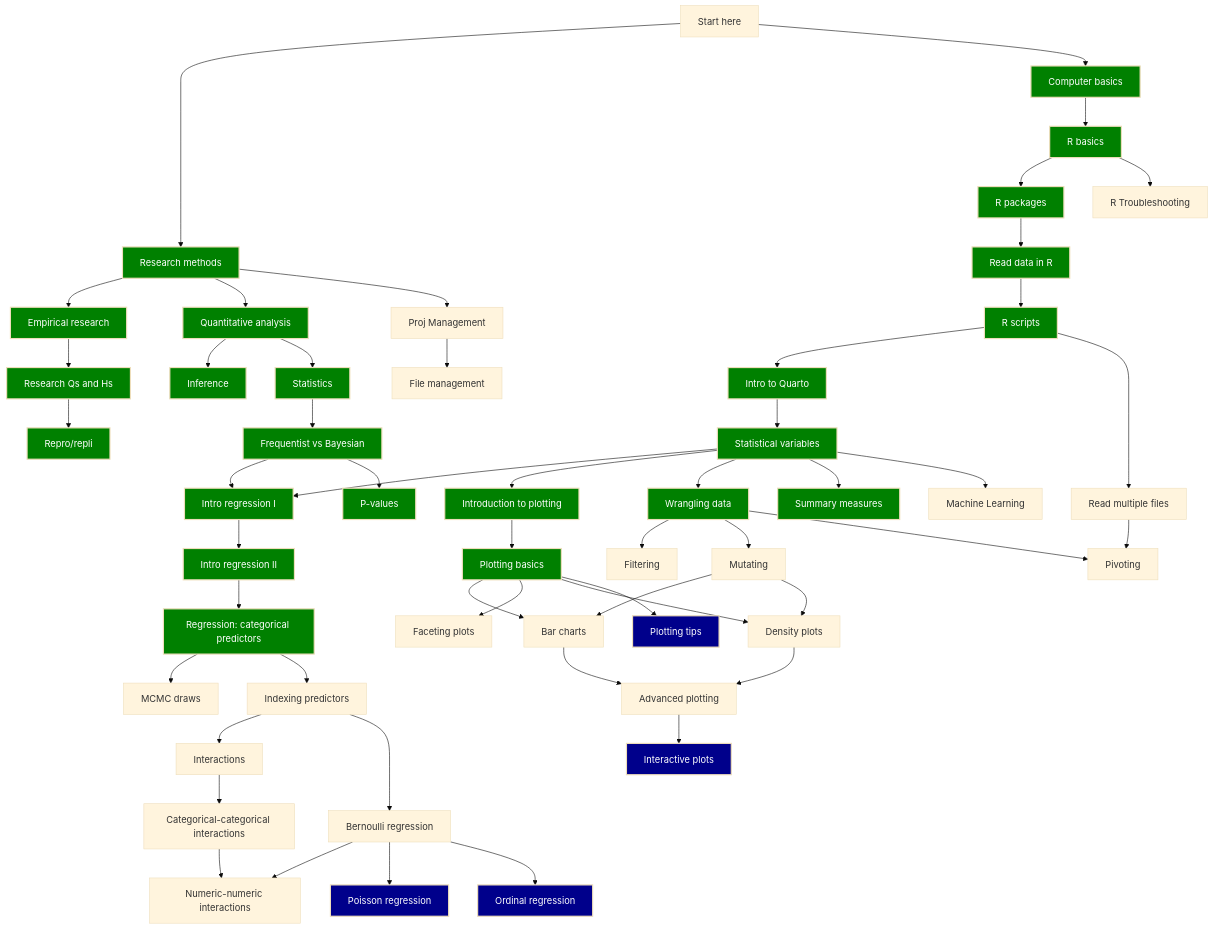
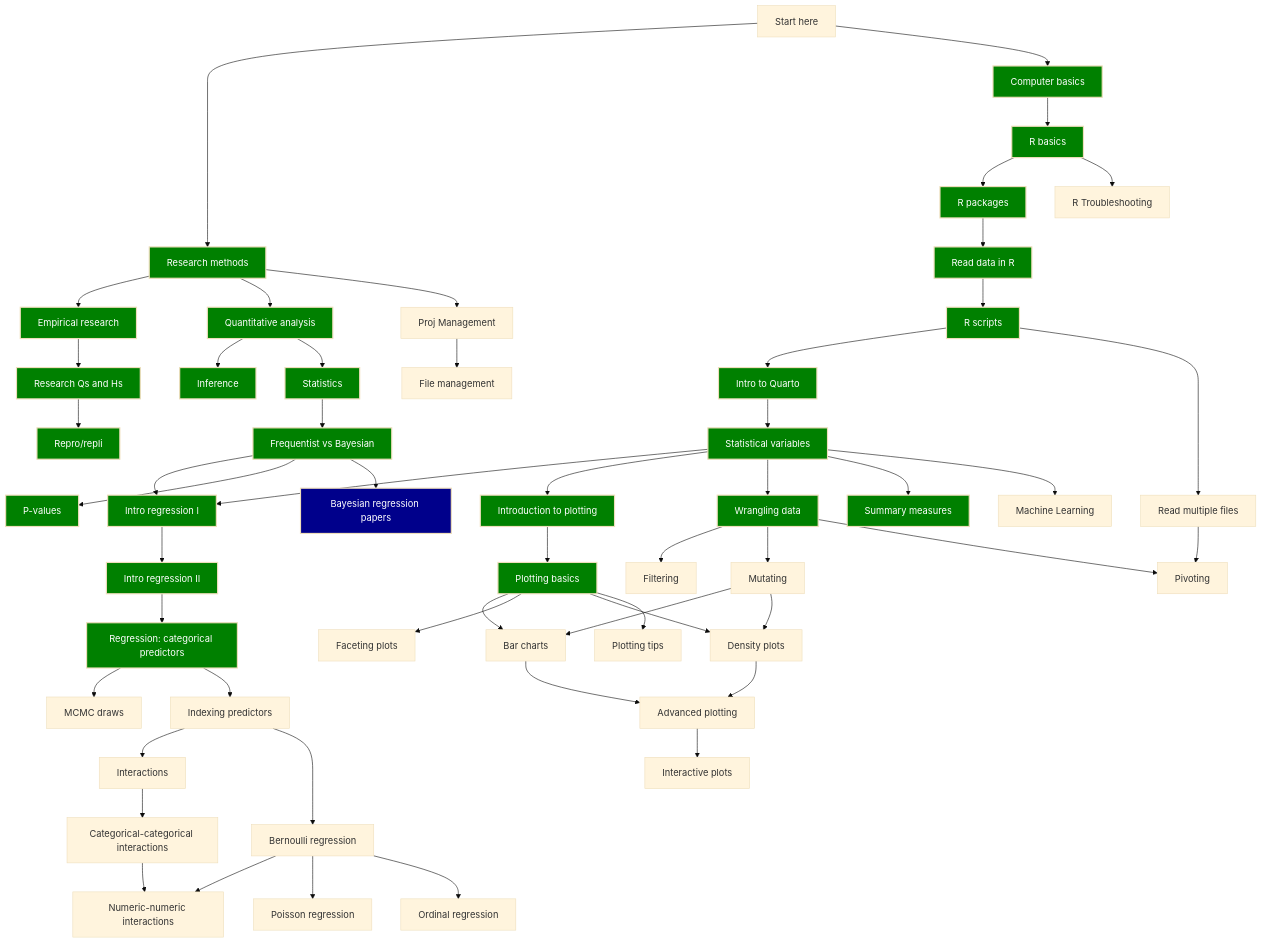
The diagram in map.qmd (uoelel/qml), drawn with Mermaid (base theme) before and after one commit. The commit also changed 6 other files, not shown here.

Commit message:
add bayes papers

```diff
--- a/map.qmd
+++ b/map.qmd
@@ -127,17 +127,16 @@
   click AQ href "posts/regression-interactions-numnum.html" "Go to page"
   AT[Poisson regression]
   click AT href "posts/regression-poisson.html" "Go to page"
-  style AT fill:#00008B,color:#FFF,stroke-width:2px
   AU[Ordinal regression]
   click AU href "posts/regression-ordinal.html" "Go to page"
-  style AU fill:#00008B,color:#FFF,stroke-width:2px
+  AV[Bayesian regression papers]
+  click AV href "posts/bayes-papers.html" "Go to page"
+  style AV fill:#00008B,color:#FFF,stroke-width:2px
   
   AR[Interactive plots]
   click AR href "posts/plot-plotly.html" "Go to page"
-  style AR fill:#00008B,color:#FFF,stroke-width:2px
   AS[Plotting tips]
   click AS href "posts/plot-galleries.html" "Go to page"
-  style AS fill:#00008B,color:#FFF,stroke-width:2px
   
   A --> B & C
   
@@ -152,7 +151,7 @@
   D --> AN & G
   AN --> H
   AH --> AO
-  AO --> J & AP
+  AO --> J & AP & AV
   
   H --> AM
   AM --> F & I
```
